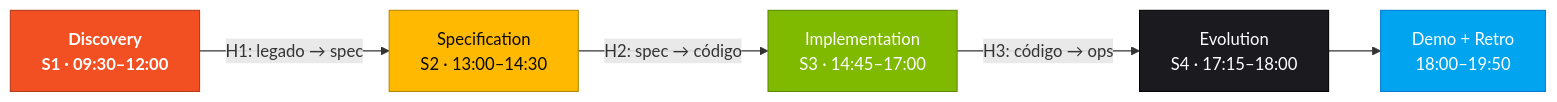
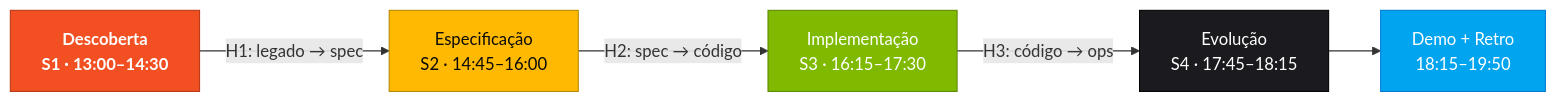
One commit to paulasilvatech/hackathon-datacorp-team-kit changed the first of 2 diagrams in pt-br/TEAM-FLOW.md. Above: the diagram before and after it, drawn with Mermaid. The commit also changed other lines of this file and 241 other files, not shown here.

````diff
--- a/pt-br/TEAM-FLOW.md
+++ b/pt-br/TEAM-FLOW.md
@@ -32,19 +34,19 @@
 ```mermaid
 flowchart LR
  classDef discover fill:#F25022,stroke:#B33816,color:#fff,font-weight:bold
  classDef spec fill:#FFB900,stroke:#B38600,color:#0A0A0A
  classDef impl fill:#7FBA00,stroke:#5C8700,color:#fff
  classDef ops fill:#1B1B1F,stroke:#000,color:#fff
  classDef demo fill:#00A4EF,stroke:#0078D4,color:#fff
 
- D[Discovery<br/>S1 · 09:30–12:00]:::discover
- SP[Specification<br/>S2 · 13:00–14:30]:::spec
- IM[Implementation<br/>S3 · 14:45–17:00]:::impl
- EV[Evolution<br/>S4 · 17:15–18:00]:::ops
- DM[Demo + Retro<br/>18:00–19:50]:::demo
+ D[Descoberta<br/>S1 · 13:00–14:30]:::discover
+ SP[Especificação<br/>S2 · 14:45–16:00]:::spec
+ IM[Implementação<br/>S3 · 16:15–17:30]:::impl
+ EV[Evolução<br/>S4 · 17:45–18:15]:::ops
+ DM[Demo + Retro<br/>18:15–19:50]:::demo
 
  D -- H1: legado → spec --> SP
  SP -- H2: spec → código --> IM
  IM -- H3: código → ops --> EV
  EV --> DM
 ```
````
